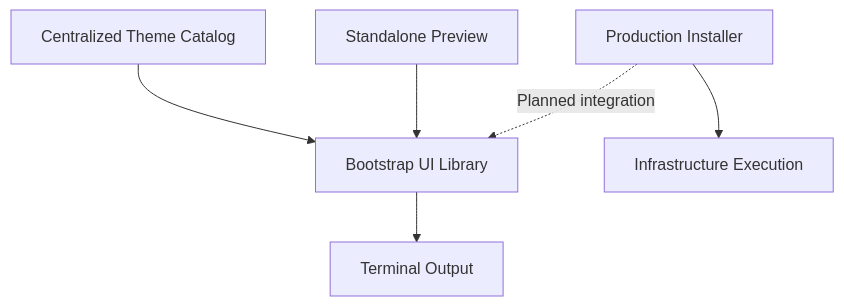
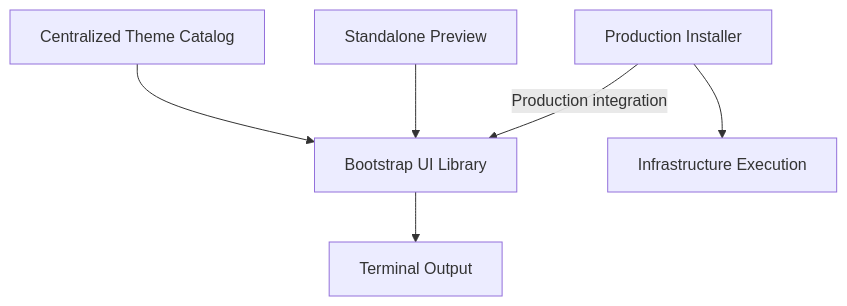
Before and after one commit to calico88x/novalabs-dotfiles: the first of 4 diagrams in docs/bootstrap-ui.md, drawn with Mermaid. The commit also changed other lines of this file and 1 other file, not shown here.

Commit message:
docs(bootstrap): finalize production integration acceptance

````diff
--- a/docs/bootstrap-ui.md
+++ b/docs/bootstrap-ui.md
@@ -43,15 +51,15 @@
 ```mermaid
 flowchart TD
     Catalog["Centralized Theme Catalog"]
     Library["Bootstrap UI Library"]
     Preview["Standalone Preview"]
     Installer["Production Installer"]
     Terminal["Terminal Output"]
     Execution["Infrastructure Execution"]
 
     Catalog --> Library
     Preview --> Library
-    Installer -. Planned integration .-> Library
+    Installer -->|Production integration| Library
     Library --> Terminal
     Installer --> Execution
 ```
````
